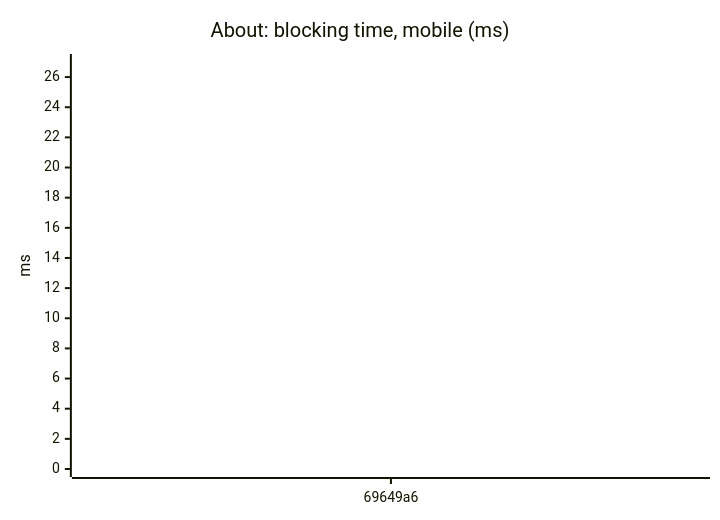
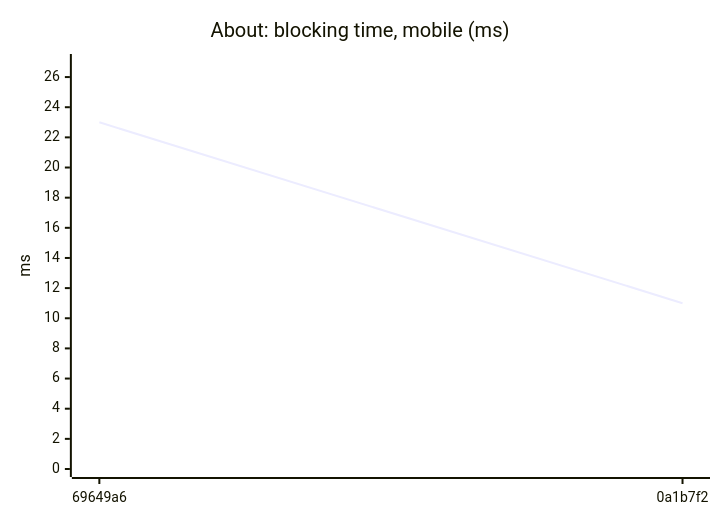
The sixth of 18 diagrams in README.md (AxelUser/maltsev.space), drawn with Mermaid before and after one commit. The commit also changed other lines of this file and 1 other file, not shown here.

````diff
--- a/README.md
+++ b/README.md
@@ -79,7 +79,7 @@
 ```mermaid
 xychart-beta
   title "About: blocking time, mobile (ms)"
-  x-axis ["69649a6"]
+  x-axis ["69649a6", "0a1b7f2"]
   y-axis "ms" 0 --> 27
-  line [23]
+  line [23, 11]
 ```
````
